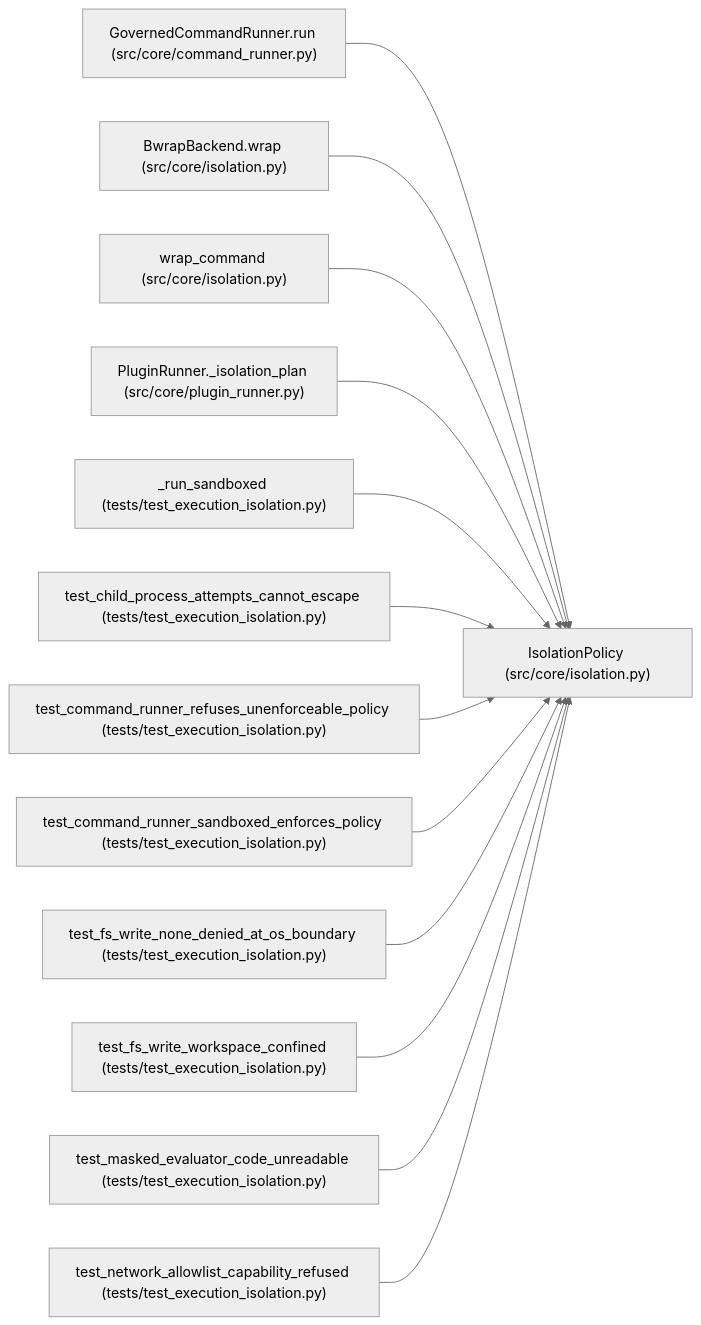
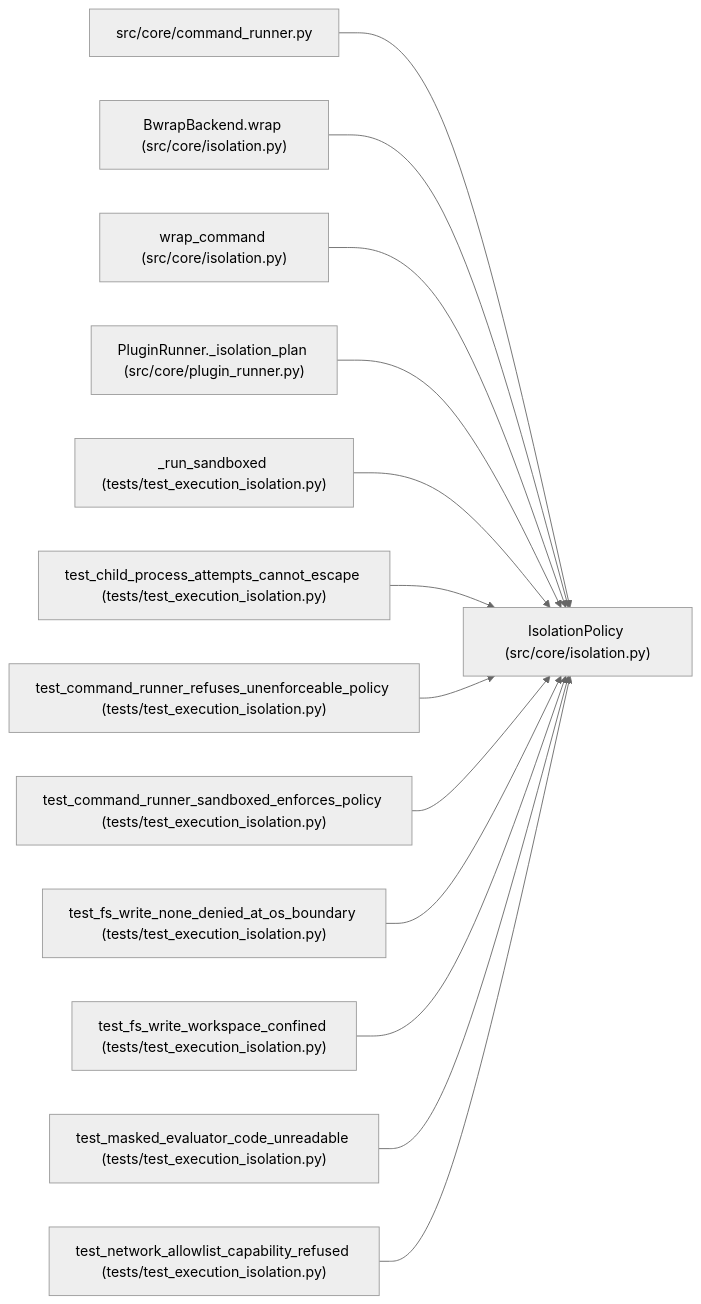
Before and after one commit to Denissvgn/autoresearch-agent: the diagram in docs/llm_wiki/entities/IsolationPolicy.md, drawn with Mermaid (neutral theme). The commit also changed other lines of this file and 1033 other files, not shown here.

````diff
--- a/docs/llm_wiki/entities/IsolationPolicy.md
+++ b/docs/llm_wiki/entities/IsolationPolicy.md
@@ -38,41 +38,41 @@
 ```mermaid
 flowchart LR
     n0["IsolationPolicy (src/core/isolation.py)"]
-    n1["GovernedCommandRunner.run (src/core/command_runner.py)"]
+    n1["src/core/command_runner.py"]
     n2["BwrapBackend.wrap (src/core/isolation.py)"]
     n3["wrap_command (src/core/isolation.py)"]
     n4["PluginRunner._isolation_plan (src/core/plugin_runner.py)"]
     n5["_run_sandboxed (tests/test_execution_isolation.py)"]
     n6["test_child_process_attempts_cannot_escape (tests/test_execution_isolation.py)"]
     n7["test_command_runner_refuses_unenforceable_policy (tests/test_execution_isolation.py)"]
     n8["test_command_runner_sandboxed_enforces_policy (tests/test_execution_isolation.py)"]
     n9["test_fs_write_none_denied_at_os_boundary (tests/test_execution_isolation.py)"]
     n10["test_fs_write_workspace_confined (tests/test_execution_isolation.py)"]
     n11["test_masked_evaluator_code_unreadable (tests/test_execution_isolation.py)"]
     n12["test_network_allowlist_capability_refused (tests/test_execution_isolation.py)"]
     n1 --> n0
     n2 --> n0
     n3 --> n0
     n4 --> n0
     n5 --> n0
     n6 --> n0
     n7 --> n0
     n8 --> n0
     n9 --> n0
     n10 --> n0
     n11 --> n0
     n12 --> n0
     click n0 "../modules/isolation.md"
     click n1 "../modules/command_runner.md"
     click n2 "../modules/isolation.md"
     click n3 "../modules/isolation.md"
     click n4 "../modules/plugin_runner.md"
     click n5 "../modules/test_execution_isolation.md"
     click n6 "../modules/test_execution_isolation.md"
     click n7 "../modules/test_execution_isolation.md"
     click n8 "../modules/test_execution_isolation.md"
     click n9 "../modules/test_execution_isolation.md"
     click n10 "../modules/test_execution_isolation.md"
     click n11 "../modules/test_execution_isolation.md"
     click n12 "../modules/test_execution_isolation.md"
 ```
````
